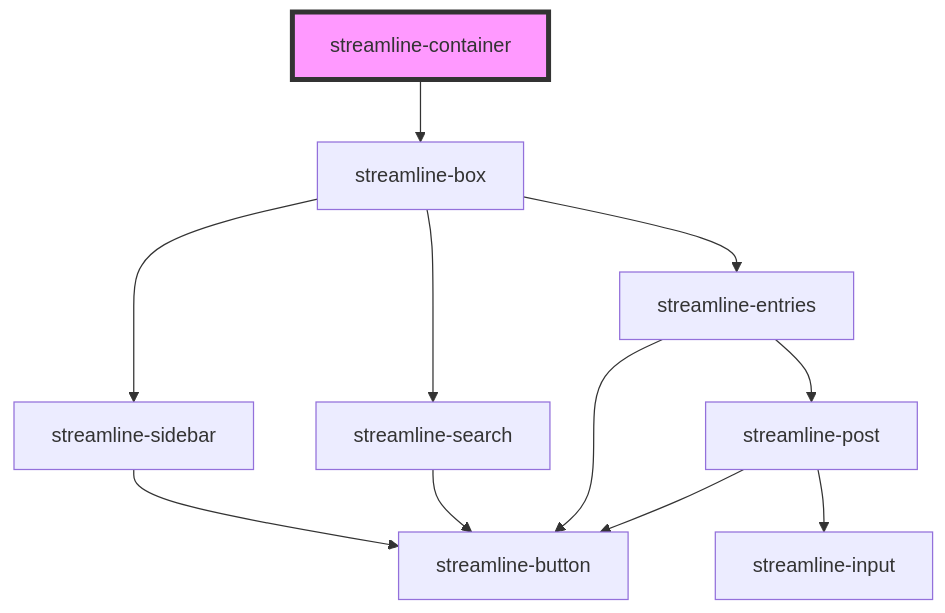
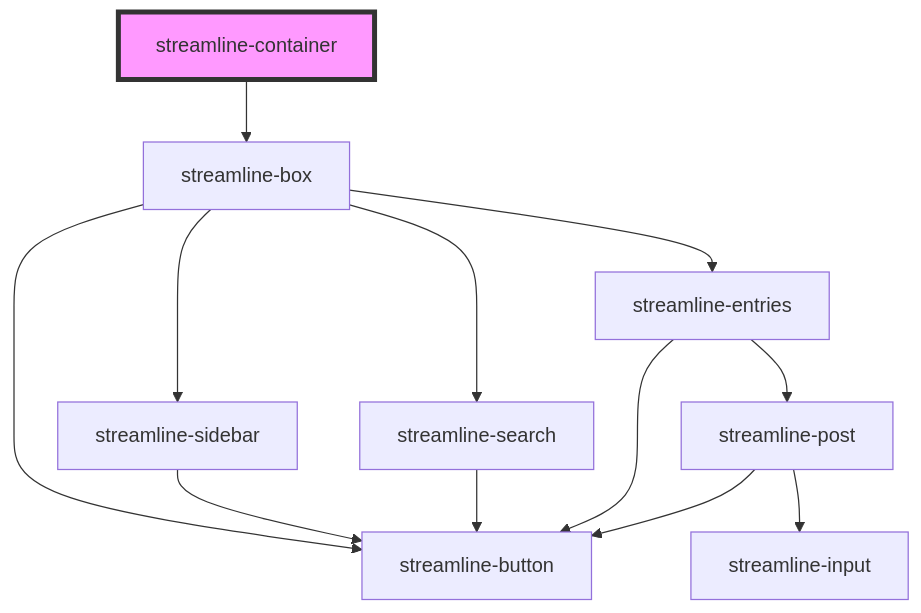
Before and after one commit to dnnsjsk/streamline: the diagram in stencil/src/components/streamline-container/readme.md, drawn with Mermaid. The commit also changed 44 other files, not shown here.

````diff
--- a/stencil/src/components/streamline-container/readme.md
+++ b/stencil/src/components/streamline-container/readme.md
@@ -44,14 +44,15 @@
 ```mermaid
 graph TD;
   streamline-container --> streamline-box
   streamline-box --> streamline-sidebar
   streamline-box --> streamline-search
+  streamline-box --> streamline-button
   streamline-box --> streamline-entries
   streamline-sidebar --> streamline-button
   streamline-search --> streamline-button
   streamline-entries --> streamline-button
   streamline-entries --> streamline-post
   streamline-post --> streamline-input
   streamline-post --> streamline-button
   style streamline-container fill:#f9f,stroke:#333,stroke-width:4px
 ```
````
